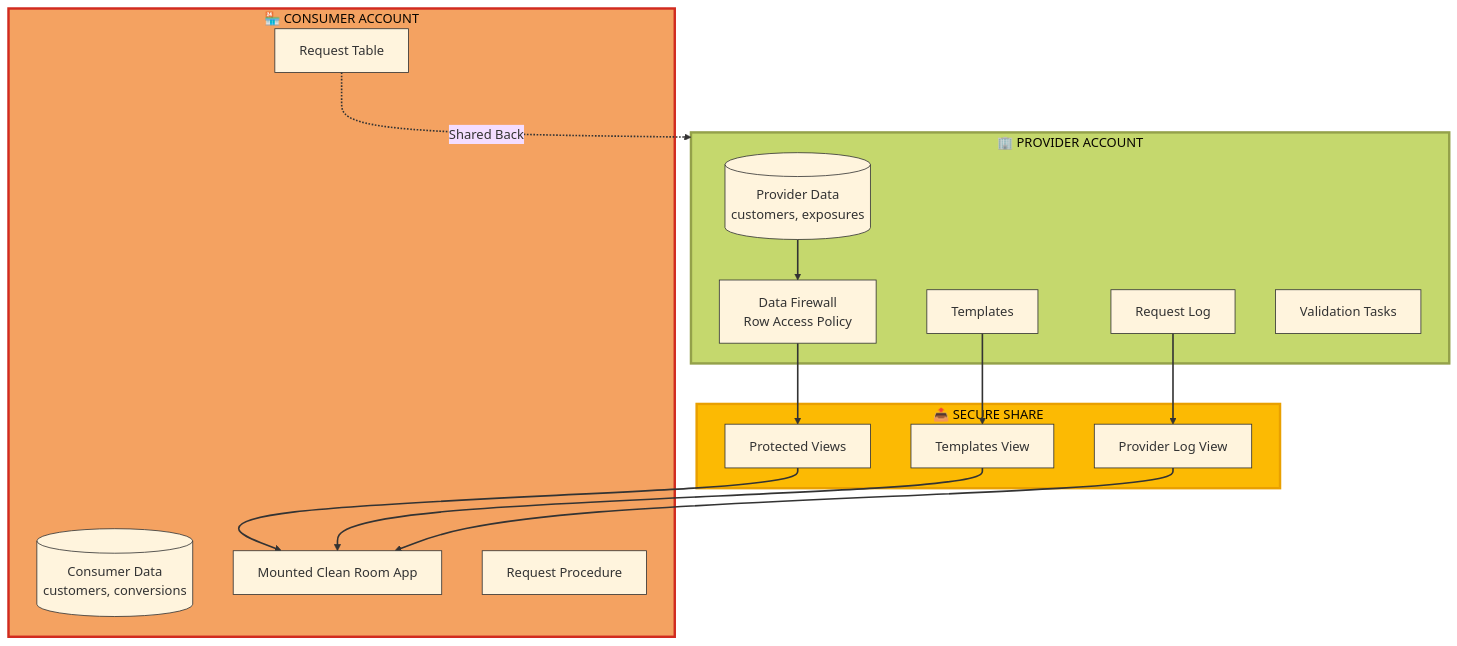
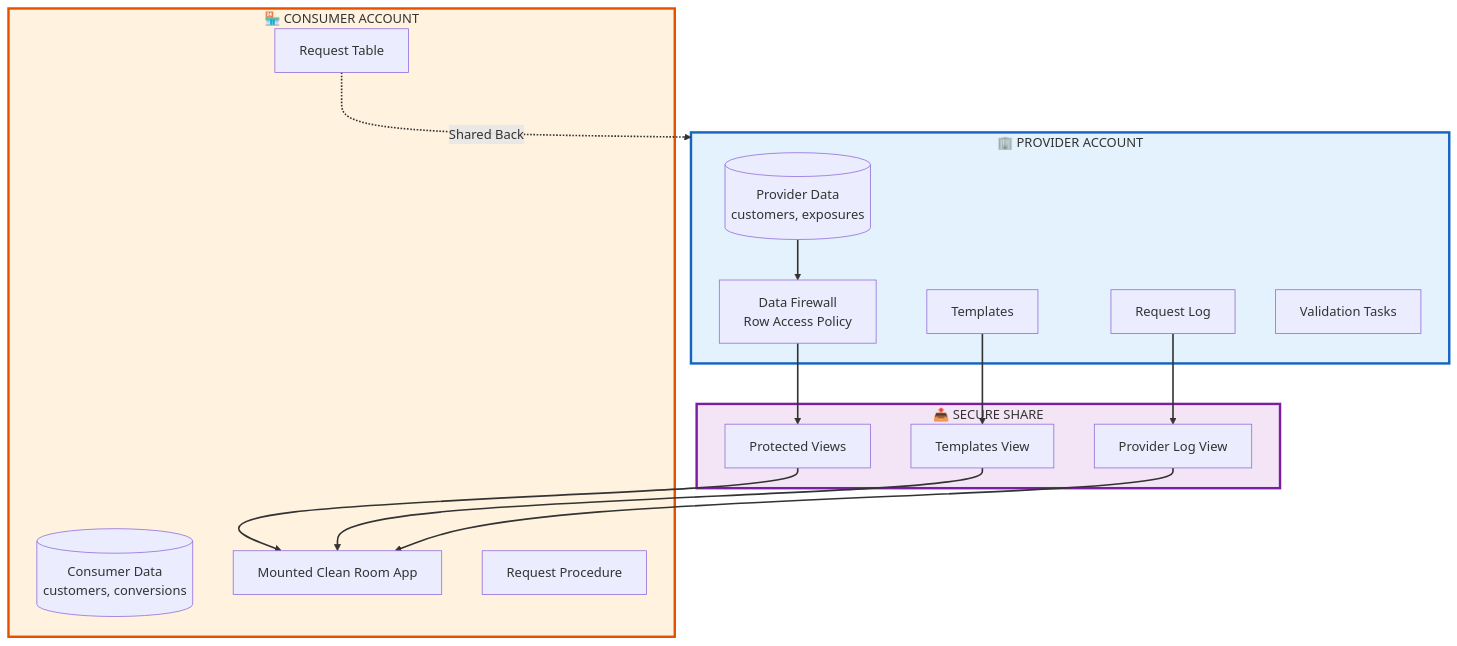
One commit to sfc-gh-vshiv/sfquickstart-data-clean-room changed the first of 4 diagrams in DCR_Flow_and_Cost_Guide.md. Above: the diagram before and after it, drawn with Mermaid. The commit also changed other lines of this file, not shown here.

Commit message:
Revise DCR Flow and Cost Guide with updated Mermaid diagram styles for enhanced visual consistency and clarity

````diff
--- a/DCR_Flow_and_Cost_Guide.md
+++ b/DCR_Flow_and_Cost_Guide.md
@@ -20,40 +20,39 @@
 ```mermaid
-%%{init: {'theme': 'base', 'themeVariables': { 'lineColor': '#333', 'primaryTextColor': '#333', 'primaryBorderColor': '#333'}}}%%
 flowchart TB
     subgraph Provider["🏢 PROVIDER ACCOUNT"]
         PD[(Provider Data<br/>customers, exposures)]
         PT[Templates]
         RL[Request Log]
         DF[Data Firewall<br/>Row Access Policy]
         TASK[Validation Tasks]
     end
     
     subgraph Share["📤 SECURE SHARE"]
         SV[Protected Views]
         TMP[Templates View]
         LOG[Provider Log View]
     end
     
     subgraph Consumer["🏪 CONSUMER ACCOUNT"]
         CD[(Consumer Data<br/>customers, conversions)]
         REQ[Request Table]
         APP[Mounted Clean Room App]
         PROC[Request Procedure]
     end
     
     PD --> DF --> SV
     PT --> TMP
     RL --> LOG
     
     SV --> APP
     TMP --> APP
     LOG --> APP
     
     REQ -.->|Shared Back| Provider
     
-    style Provider fill:#c5d86d,stroke:#94a14a,stroke-width:3px
-    style Consumer fill:#f4a261,stroke:#d12b1f,stroke-width:3px
-    style Share fill:#fcba03,stroke:#e9a000,stroke-width:3px
+    style Provider fill:#e3f2fd,stroke:#1565c0,stroke-width:3px
+    style Consumer fill:#fff3e0,stroke:#e65100,stroke-width:3px
+    style Share fill:#f3e5f5,stroke:#7b1fa2,stroke-width:3px
     
     linkStyle default stroke:#333,stroke-width:2px
 ```
````
